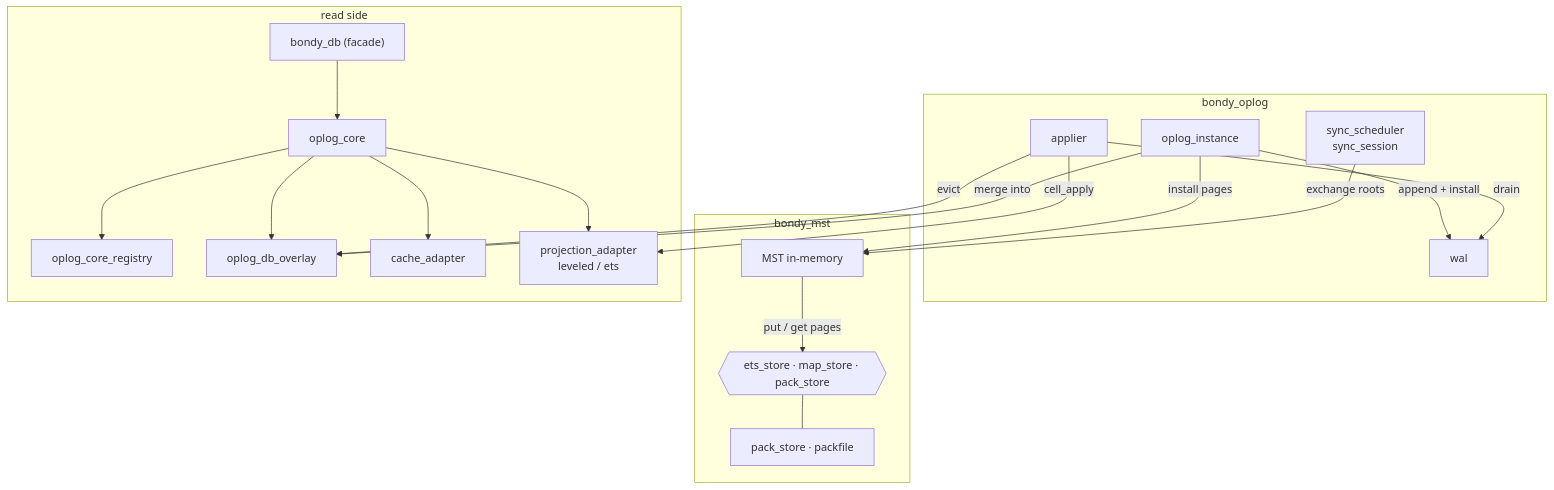
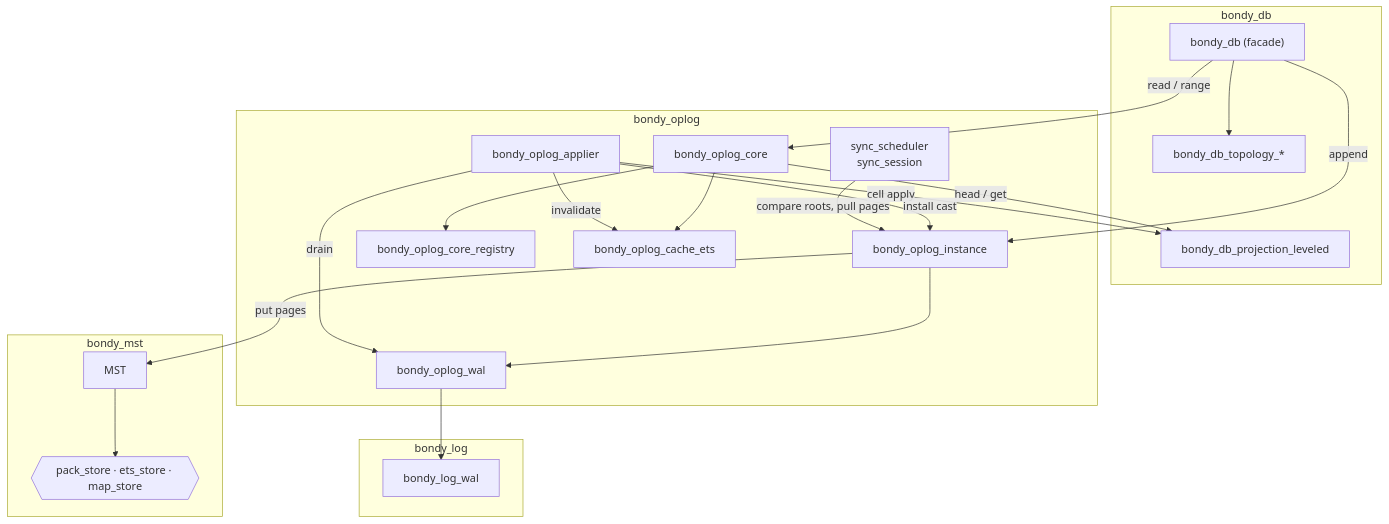
One commit to bondy-io/bondy changed the fifth of 5 diagrams in apps/bondy_db/doc_extras/architecture/00_overview.md. Above: the diagram before and after it, drawn with Mermaid. The commit also changed other lines of this file and 449 other files, not shown here.

````diff
--- a/apps/bondy_db/doc_extras/architecture/00_overview.md
+++ b/apps/bondy_db/doc_extras/architecture/00_overview.md
@@ -187,39 +181,40 @@
 ```mermaid
 flowchart TB
+    subgraph BONDY_DB["bondy_db"]
+        FACADE["bondy_db (facade)"]
+        TOPO["bondy_db_topology_*"]
+        LPROJ["bondy_db_projection_leveled"]
+    end
     subgraph BONDY_OPLOG["bondy_oplog"]
-        OPLOG_INST["oplog_instance"]
-        WAL["wal"]
+        INST["bondy_oplog_instance"]
+        WALF["bondy_oplog_wal"]
+        APP["bondy_oplog_applier"]
         SYNC["sync_scheduler<br/>sync_session"]
-        APP["applier"]
+        CORE["bondy_oplog_core"]
+        REG["bondy_oplog_core_registry"]
+        CACHE["bondy_oplog_cache_ets"]
+    end
+    subgraph BONDY_LOG["bondy_log"]
+        LWAL["bondy_log_wal"]
     end
     subgraph BONDY_MST["bondy_mst"]
-        TREE["MST in-memory"]
-        PSTORE["pack_store · packfile"]
-        STORES{{"ets_store · map_store · pack_store"}}
-    end
-    subgraph BONDY_DB["read side"]
-        FACADE["bondy_db (facade)"]
-        CORE["oplog_core"]
-        REG["oplog_core_registry"]
-        OVERLAY["oplog_db_overlay"]
-        CACHE["cache_adapter"]
-        PROJ["projection_adapter<br/>leveled / ets"]
+        TREE["MST"]
+        STORES{{"pack_store · ets_store · map_store"}}
     end
 
-    OPLOG_INST -->|"append + install"| WAL
-    OPLOG_INST -->|"install pages"| TREE
-    TREE -->|"put / get pages"| STORES
-    STORES --- PSTORE
-    APP -->|"drain"| WAL
-    APP -->|"cell_apply"| PROJ
-    APP -->|"evict"| OVERLAY
-    SYNC -->|"exchange roots"| TREE
-
-    FACADE --> CORE
+    FACADE --> TOPO
+    FACADE -->|"append"| INST
+    FACADE -->|"read / range"| CORE
     CORE --> REG
     CORE --> CACHE
-    CORE --> OVERLAY
-    CORE --> PROJ
-
-    OPLOG_INST -->|"merge into"| OVERLAY
+    CORE -->|"head / get"| LPROJ
+    INST --> WALF
+    WALF --> LWAL
+    APP -->|"drain"| WALF
+    APP -->|"cell apply"| LPROJ
+    APP -->|"invalidate"| CACHE
+    APP -->|"install cast"| INST
+    INST -->|"put pages"| TREE
+    TREE --> STORES
+    SYNC -->|"compare roots, pull pages"| INST
 ```
````
